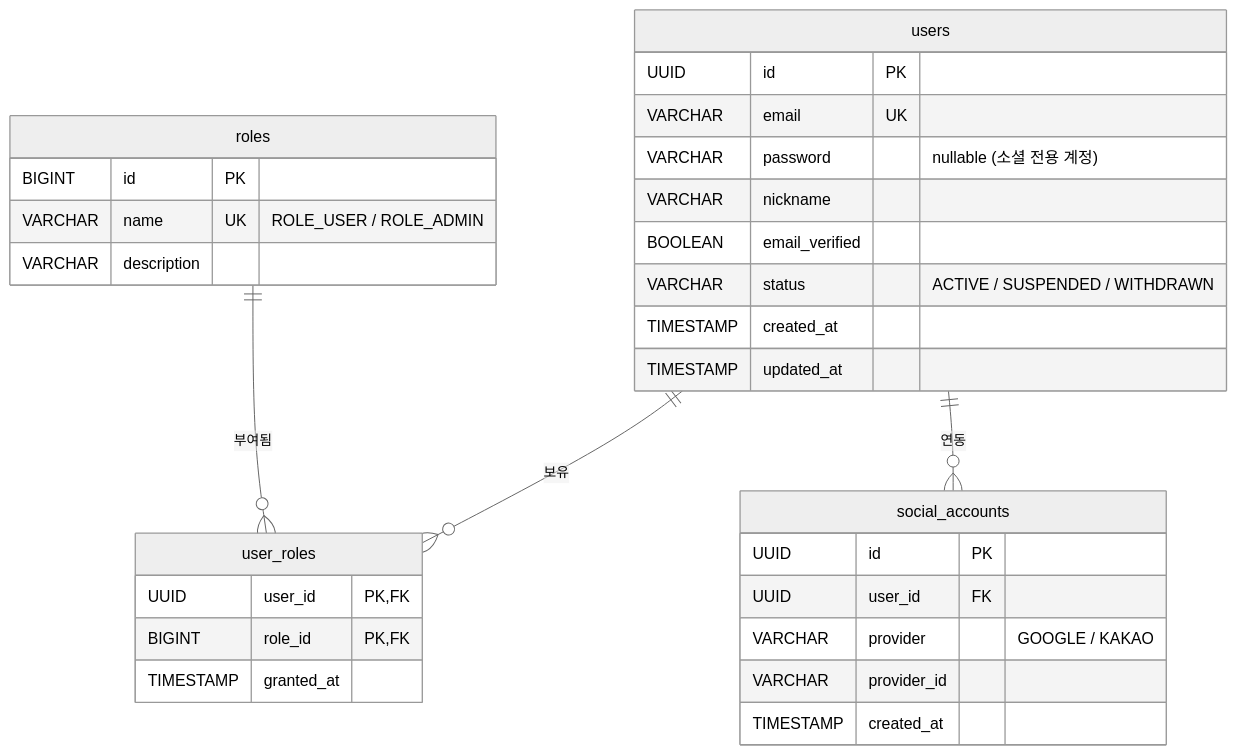
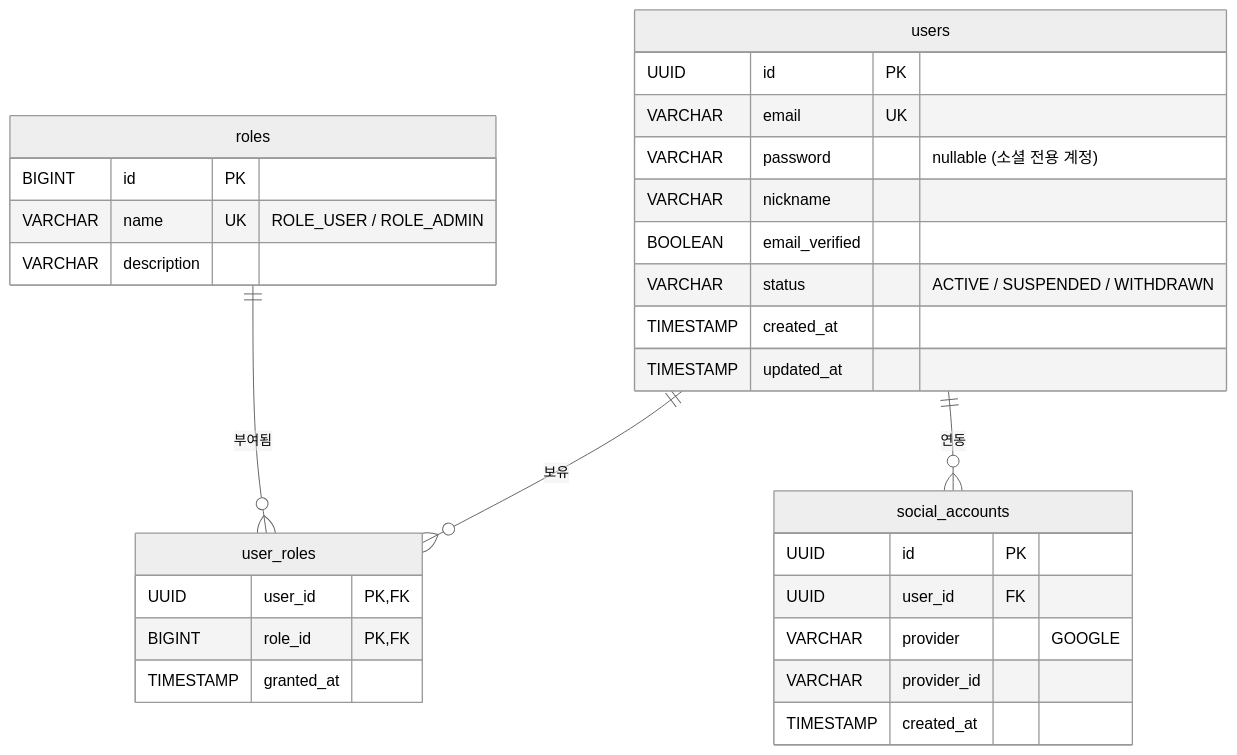
The third of 8 diagrams in auth-spring/README.md (dodudi/rudy-project), drawn with Mermaid (neutral theme) before and after one commit. The commit also changed other lines of this file and 9 other files, not shown here.

````diff
--- a/auth-spring/README.md
+++ b/auth-spring/README.md
@@ -152,37 +151,37 @@
 ```mermaid
 erDiagram
     users {
         UUID id PK
         VARCHAR email UK
         VARCHAR password "nullable (소셜 전용 계정)"
         VARCHAR nickname
         BOOLEAN email_verified
         VARCHAR status "ACTIVE / SUSPENDED / WITHDRAWN"
         TIMESTAMP created_at
         TIMESTAMP updated_at
     }
 
     roles {
         BIGINT id PK
         VARCHAR name UK "ROLE_USER / ROLE_ADMIN"
         VARCHAR description
     }
 
     user_roles {
         UUID user_id PK,FK
         BIGINT role_id PK,FK
         TIMESTAMP granted_at
     }
 
     social_accounts {
         UUID id PK
         UUID user_id FK
-        VARCHAR provider "GOOGLE / KAKAO"
+        VARCHAR provider "GOOGLE"
         VARCHAR provider_id
         TIMESTAMP created_at
     }
 
     users ||--o{ user_roles : "보유"
     roles ||--o{ user_roles : "부여됨"
     users ||--o{ social_accounts : "연동"
 ```
````
